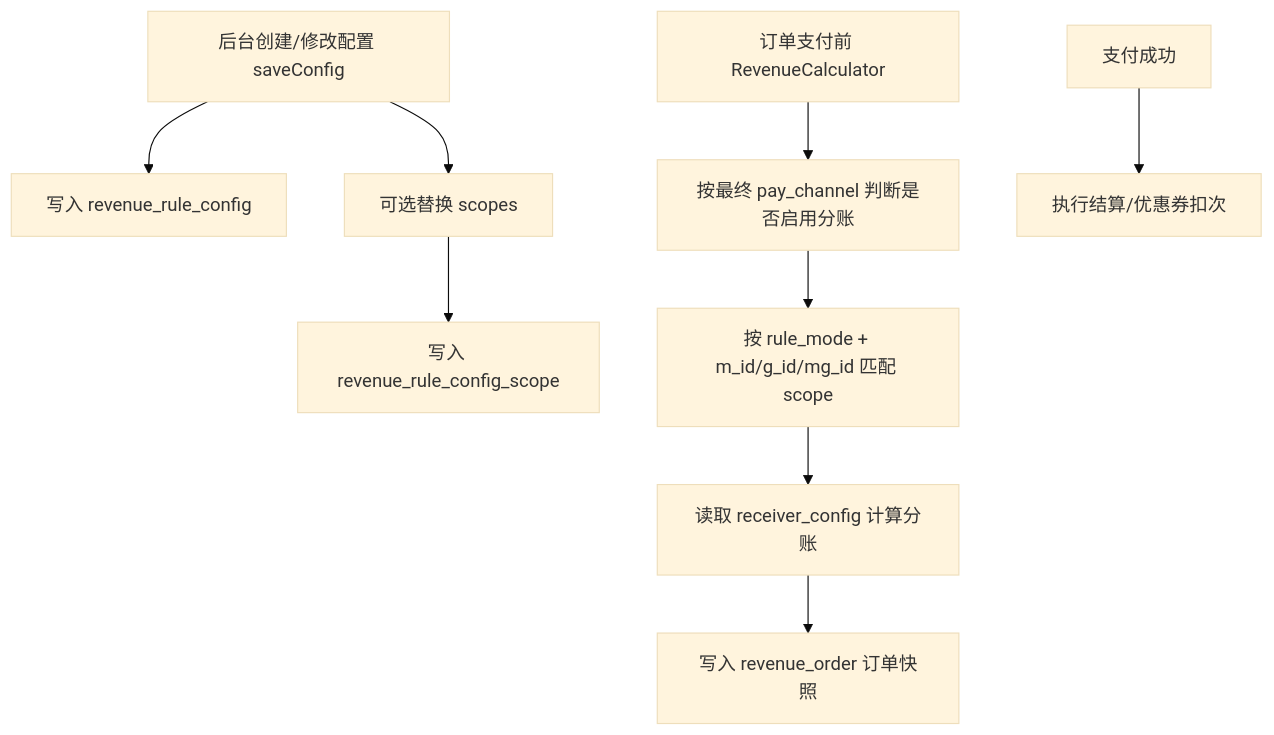
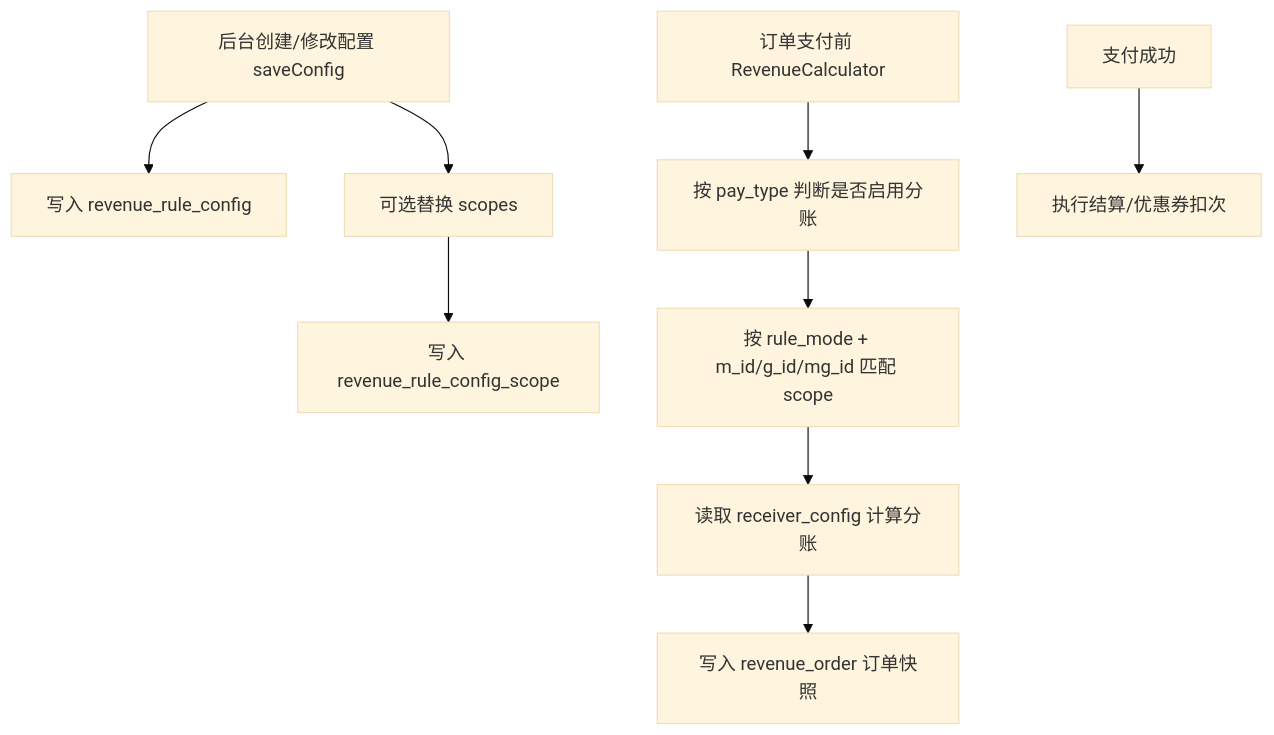
One commit to tjx19910727/jch changed the diagram in 文档说明/统一分账后台接口说明.md. Above: the diagram before and after it, drawn with Mermaid (base theme). The commit also changed other lines of this file and 29 other files, not shown here.

````diff
--- a/文档说明/统一分账后台接口说明.md
+++ b/文档说明/统一分账后台接口说明.md
@@ -12,11 +12,11 @@
 ```mermaid
 flowchart TD
     A["后台创建/修改配置 saveConfig"] --> B["写入 revenue_rule_config"]
     A --> C["可选替换 scopes"]
     C --> D["写入 revenue_rule_config_scope"]
-    E["订单支付前 RevenueCalculator"] --> F["按最终 pay_channel 判断是否启用分账"]
+    E["订单支付前 RevenueCalculator"] --> F["按 pay_type 判断是否启用分账"]
     F --> G["按 rule_mode + m_id/g_id/mg_id 匹配 scope"]
     G --> H["读取 receiver_config 计算分账"]
     H --> I["写入 revenue_order 订单快照"]
     J["支付成功"] --> K["执行结算/优惠券扣次"]
 ```
````
